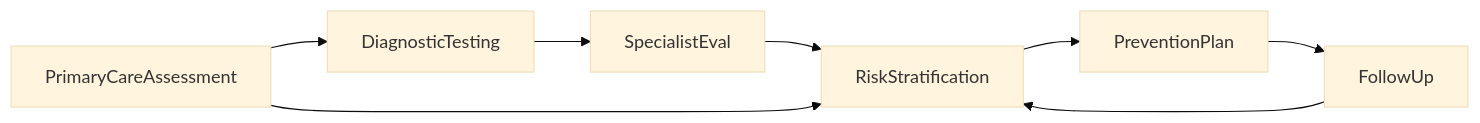
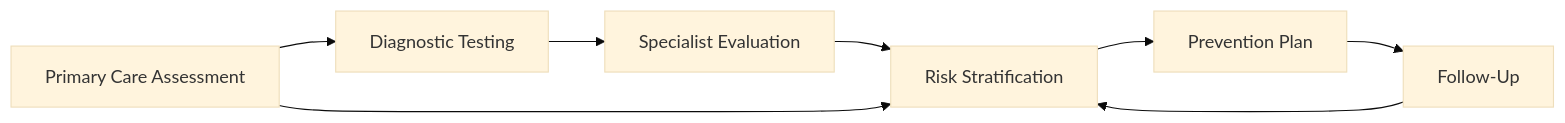
One commit to HL7LT/ig-lt-cvd changed the diagram in input/pagecontent/workflow.md. Above: the diagram before and after it, drawn with Mermaid (base theme). The commit also changed other lines of this file and 20 other files, not shown here.

````diff
--- a/input/pagecontent/workflow.md
+++ b/input/pagecontent/workflow.md
@@ -71,16 +71,16 @@
 ```mermaid
 flowchart LR
-  step1[PrimaryCareAssessment]
-  step2[DiagnosticTesting]
-  step3[SpecialistEval]
-  step4[RiskStratification]
-  step5[PreventionPlan]
-  step6[FollowUp]
+  step1["Primary Care Assessment"]
+  step2["Diagnostic Testing"]
+  step3["Specialist Evaluation"]
+  step4["Risk Stratification"]
+  step5["Prevention Plan"]
+  step6["Follow-Up"]
   step1 --> step2
   step2 --> step3
   step3 --> step4
   step1 --> step4
   step4 --> step5
   step5 --> step6
   step6 --> step4
 ```
````
